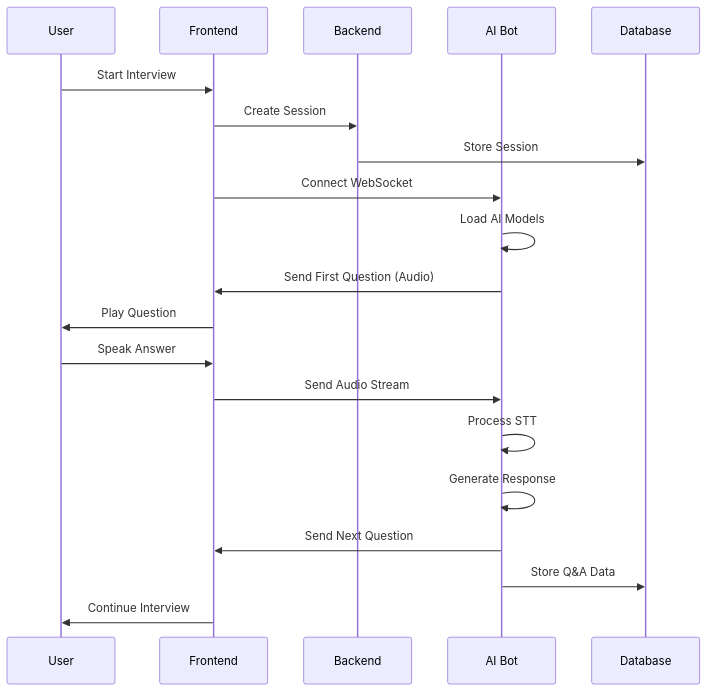
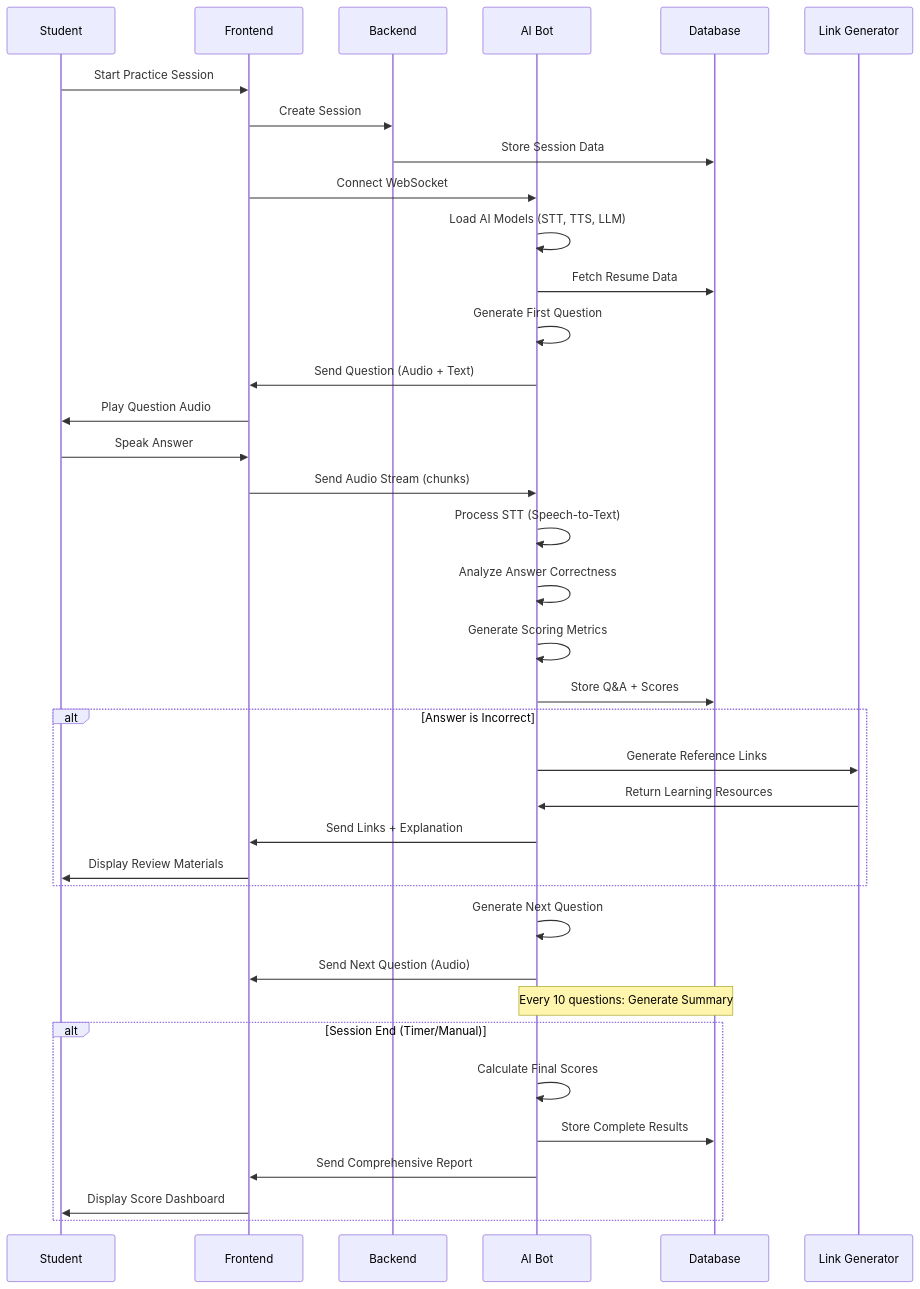
Before and after one commit to AKM-2004/Auxmet-FrontEnd: the second of 2 diagrams in README.md, drawn with Mermaid. The commit also changed other lines of this file, not shown here.

````diff
--- a/README.md
+++ b/README.md
@@ -429,23 +442,44 @@
 ```mermaid
 sequenceDiagram
-    participant U as User
+    participant U as Student
     participant F as Frontend
     participant B as Backend
     participant A as AI Bot
     participant D as Database
+    participant L as Link Generator
     
-    U->>F: Start Interview
+    U->>F: Start Practice Session
     F->>B: Create Session
-    B->>D: Store Session
+    B->>D: Store Session Data
     F->>A: Connect WebSocket
-    A->>A: Load AI Models
-    A->>F: Send First Question (Audio)
-    F->>U: Play Question
+    A->>A: Load AI Models (STT, TTS, LLM)
+    A->>D: Fetch Resume Data
+    A->>A: Generate First Question
+    A->>F: Send Question (Audio + Text)
+    F->>U: Play Question Audio
     U->>F: Speak Answer
-    F->>A: Send Audio Stream
-    A->>A: Process STT
-    A->>A: Generate Response
-    A->>F: Send Next Question
-    A->>D: Store Q&A Data
-    F->>U: Continue Interview
+    F->>A: Send Audio Stream (chunks)
+    A->>A: Process STT (Speech-to-Text)
+    A->>A: Analyze Answer Correctness
+    A->>A: Generate Scoring Metrics
+    A->>D: Store Q&A + Scores
+    
+    alt Answer is Incorrect
+        A->>L: Generate Reference Links
+        L->>A: Return Learning Resources
+        A->>F: Send Links + Explanation
+        F->>U: Display Review Materials
+    end
+    
+    A->>A: Generate Next Question
+    A->>F: Send Next Question (Audio)
+    
+    Note over A,D: Every 10 questions: Generate Summary
+    
+    alt Session End (Timer/Manual)
+        A->>A: Calculate Final Scores
+        A->>D: Store Complete Results
+        A->>F: Send Comprehensive Report
+        F->>U: Display Score Dashboard
+    end
 ```
````
